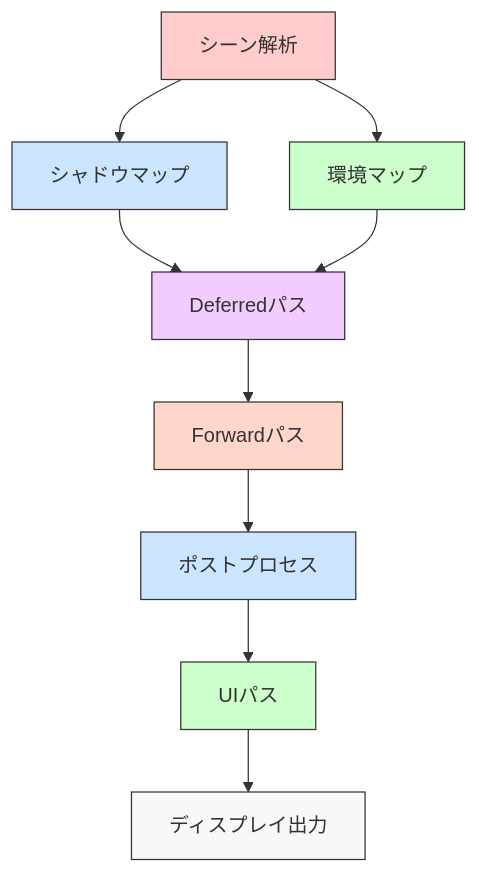
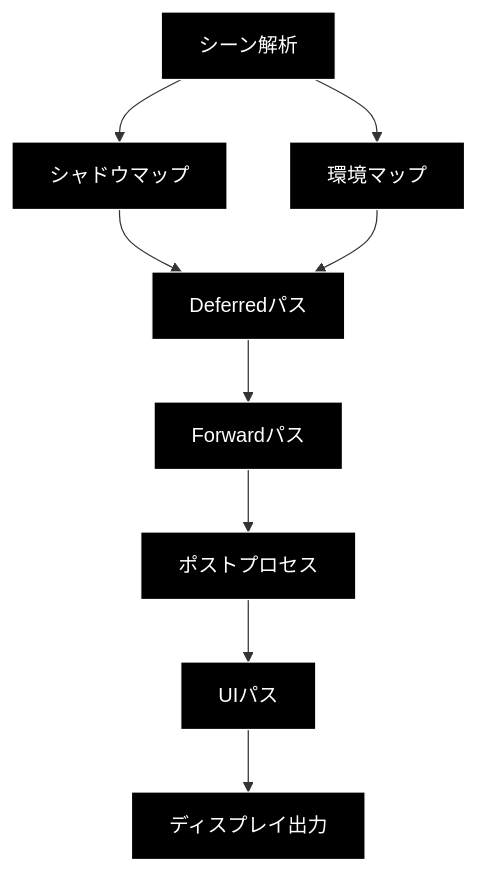
One commit to ukonpower/OREngine changed the first of 3 diagrams in docs/core/render-pipeline.md. Above: the diagram before and after it, drawn with Mermaid. The commit also changed other lines of this file and 5 other files, not shown here.

Commit message:
docs: switch diagrams to dark theme

````diff
--- a/docs/core/render-pipeline.md
+++ b/docs/core/render-pipeline.md
@@ -10,20 +10,20 @@
 ```mermaid
 graph TD
     Scene[シーン解析] --> Shadow[シャドウマップ]
     Scene --> Env[環境マップ]
     Shadow --> Deferred[Deferredパス]
     Env --> Deferred
     Deferred --> Forward[Forwardパス]
     Forward --> Post[ポストプロセス]
     Post --> UI[UIパス]
     UI --> Display[ディスプレイ出力]
 
-    style Scene fill:#ffcccc,stroke:#333
-    style Shadow fill:#cce5ff,stroke:#333
-    style Env fill:#ccffcc,stroke:#333
-    style Deferred fill:#f3ccff,stroke:#333
-    style Forward fill:#ffd6cc,stroke:#333
-    style Post fill:#cce5ff,stroke:#333
-    style UI fill:#ccffcc,stroke:#333
-    style Display fill:#f8f8f8,stroke:#333
+    style Scene fill:#000,stroke:#fff,color:#fff
+    style Shadow fill:#000,stroke:#fff,color:#fff
+    style Env fill:#000,stroke:#fff,color:#fff
+    style Deferred fill:#000,stroke:#fff,color:#fff
+    style Forward fill:#000,stroke:#fff,color:#fff
+    style Post fill:#000,stroke:#fff,color:#fff
+    style UI fill:#000,stroke:#fff,color:#fff
+    style Display fill:#000,stroke:#fff,color:#fff
 ```
````
